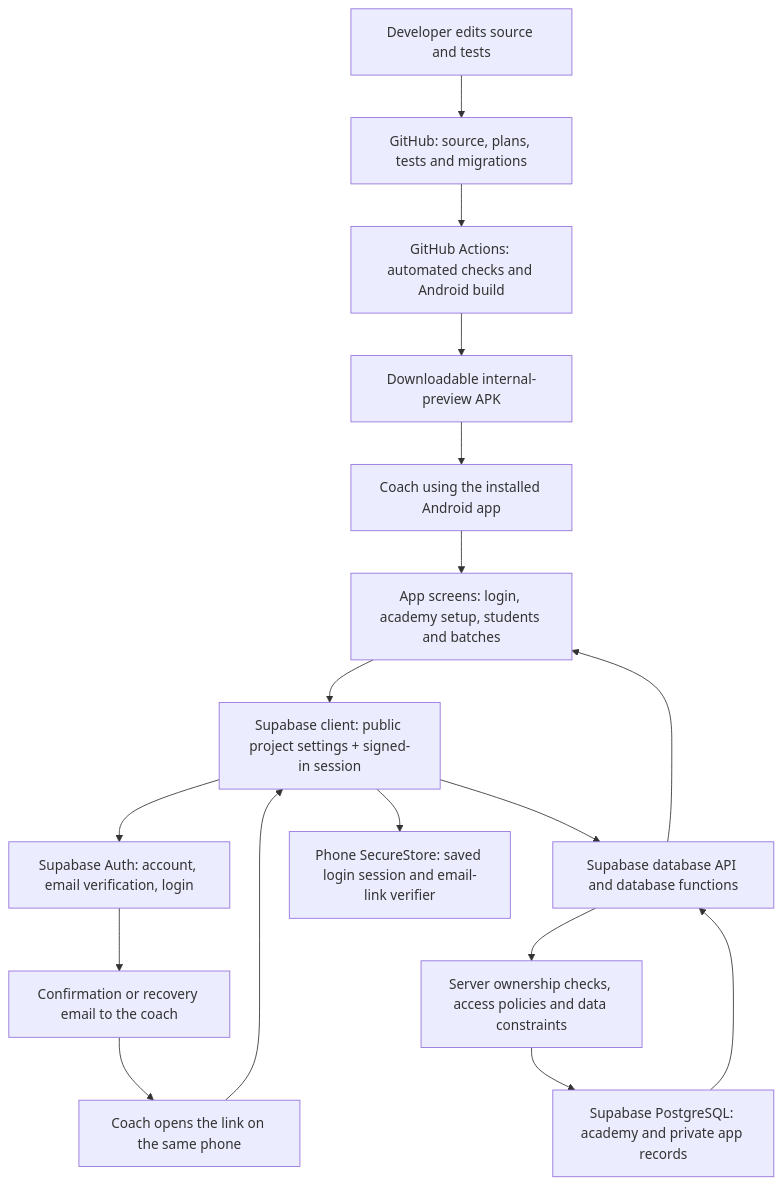
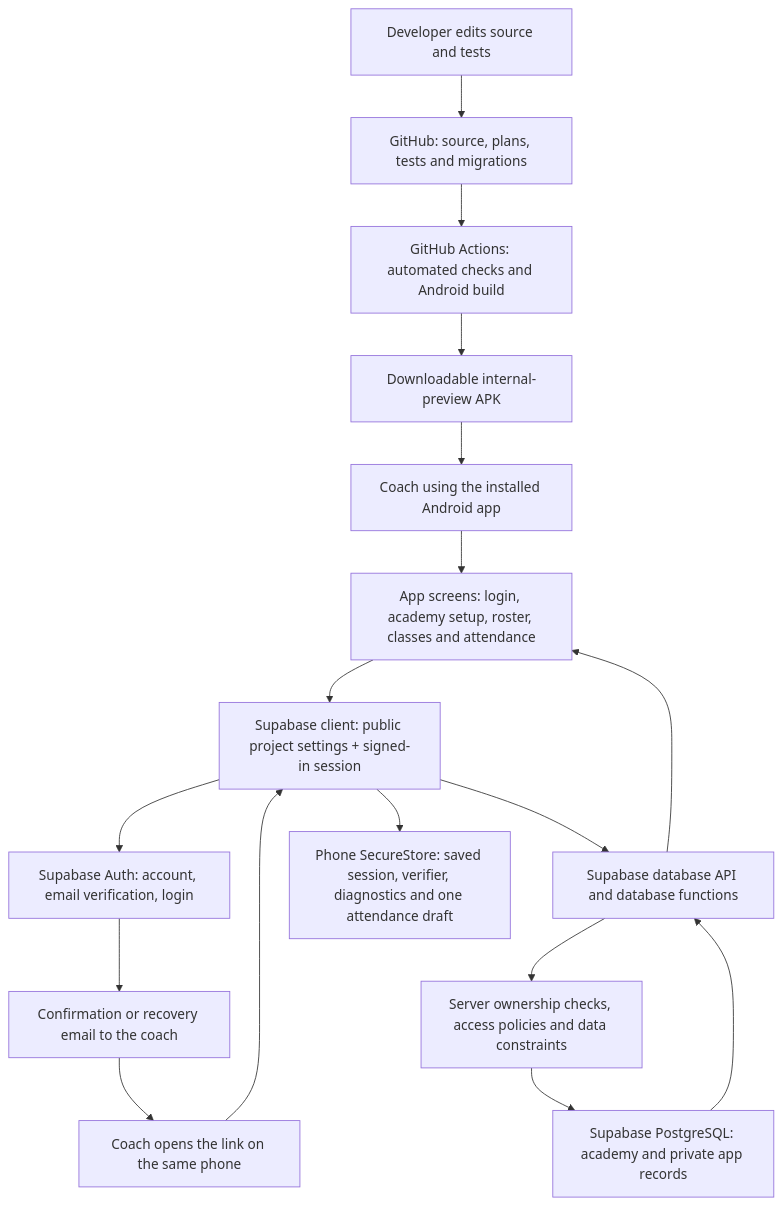
One commit to appsworld2027/Parent-plus- changed the first of 8 diagrams in docs/ARCHITECTURE.md. Above: the diagram before and after it, drawn with Mermaid. The commit also changed other lines of this file and 34 other files, not shown here.

Commit message:
Build classes and attendance with scoped device drafts and persistent diagnostics

````diff
--- a/docs/ARCHITECTURE.md
+++ b/docs/ARCHITECTURE.md
@@ -7,19 +7,19 @@
 ```mermaid
 flowchart TD
-    Coach["Coach using the installed Android app"] --> UI["App screens: login, academy setup, students and batches"]
+    Coach["Coach using the installed Android app"] --> UI["App screens: login, academy setup, roster, classes and attendance"]
     UI --> Client["Supabase client: public project settings + signed-in session"]
     Client --> Auth["Supabase Auth: account, email verification, login"]
     Auth --> Email["Confirmation or recovery email to the coach"]
     Email --> Link["Coach opens the link on the same phone"]
     Link --> Client
     Client --> API["Supabase database API and database functions"]
     API --> Rules["Server ownership checks, access policies and data constraints"]
     Rules --> DB["Supabase PostgreSQL: academy and private app records"]
     DB --> API
     API --> UI
-    Client --> Store["Phone SecureStore: saved login session and email-link verifier"]
+    Client --> Store["Phone SecureStore: saved session, verifier, diagnostics and one attendance draft"]
     Developer["Developer edits source and tests"] --> Git["GitHub: source, plans, tests and migrations"]
     Git --> Actions["GitHub Actions: automated checks and Android build"]
     Actions --> APK["Downloadable internal-preview APK"]
     APK --> Coach
 ```
````
